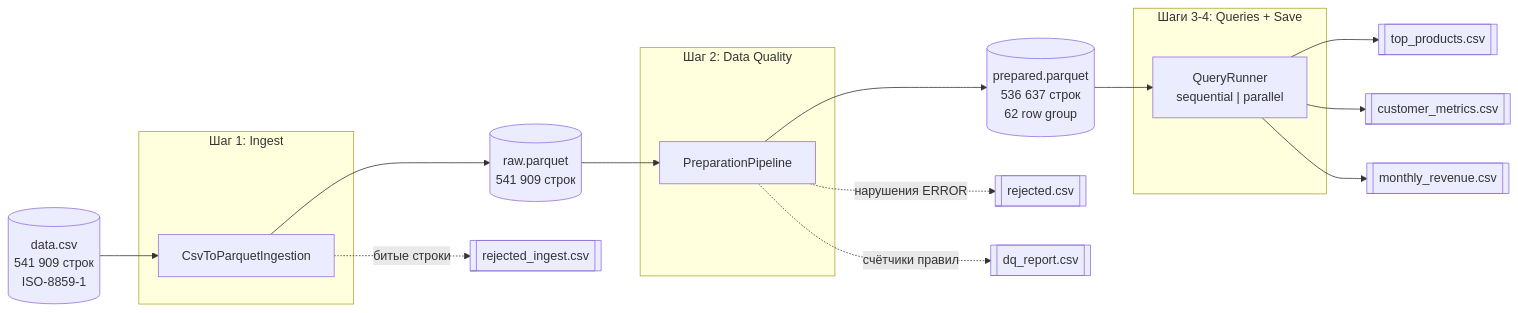
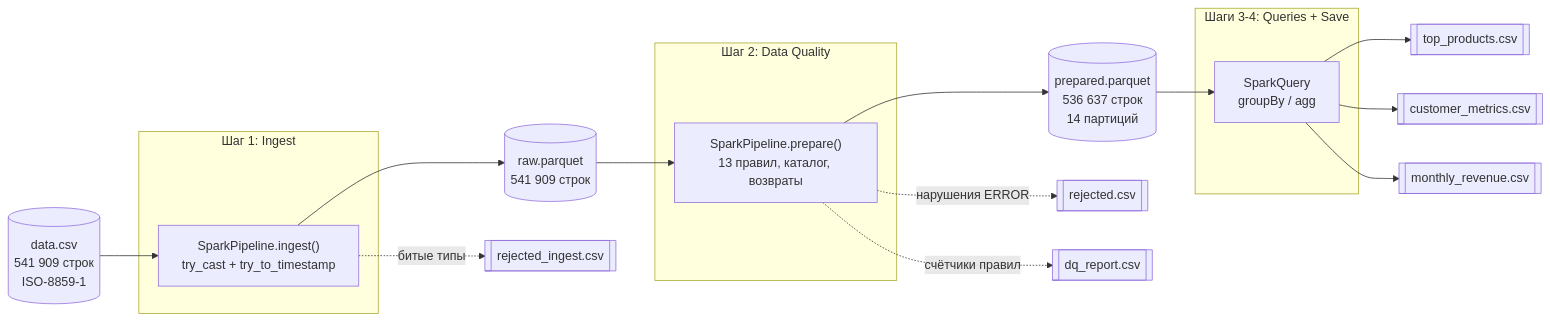
Before and after one commit to pochticeasar/data: the first of 4 diagrams in docs/ARCHITECTURE.md, drawn with Mermaid. The commit also changed other lines of this file and 78 other files, not shown here.

````diff
--- a/docs/ARCHITECTURE.md
+++ b/docs/ARCHITECTURE.md
@@ -5,30 +5,30 @@
 ```mermaid
 flowchart LR
     CSV[("data.csv<br/>541 909 строк<br/>ISO-8859-1")]
 
     subgraph S1["Шаг 1: Ingest"]
-        I["CsvToParquetIngestion"]
+        I["SparkPipeline.ingest()<br/>try_cast + try_to_timestamp"]
     end
     subgraph S2["Шаг 2: Data Quality"]
-        P["PreparationPipeline"]
+        P["SparkPipeline.prepare()<br/>13 правил, каталог, возвраты"]
     end
     subgraph S34["Шаги 3-4: Queries + Save"]
-        Q["QueryRunner<br/>sequential | parallel"]
+        Q["SparkQuery<br/>groupBy / agg"]
     end
 
     RAW[("raw.parquet<br/>541 909 строк")]
-    PREP[("prepared.parquet<br/>536 637 строк<br/>62 row group")]
+    PREP[("prepared.parquet<br/>536 637 строк<br/>14 партиций")]
 
     RJ1[["rejected_ingest.csv"]]
     RJ2[["rejected.csv"]]
     DQ[["dq_report.csv"]]
     R1[["top_products.csv"]]
     R2[["customer_metrics.csv"]]
     R3[["monthly_revenue.csv"]]
 
     CSV --> I --> RAW --> P --> PREP --> Q
-    I -. битые строки .-> RJ1
+    I -. битые типы .-> RJ1
     P -. нарушения ERROR .-> RJ2
     P -. счётчики правил .-> DQ
     Q --> R1 & R2 & R3
 ```
````
